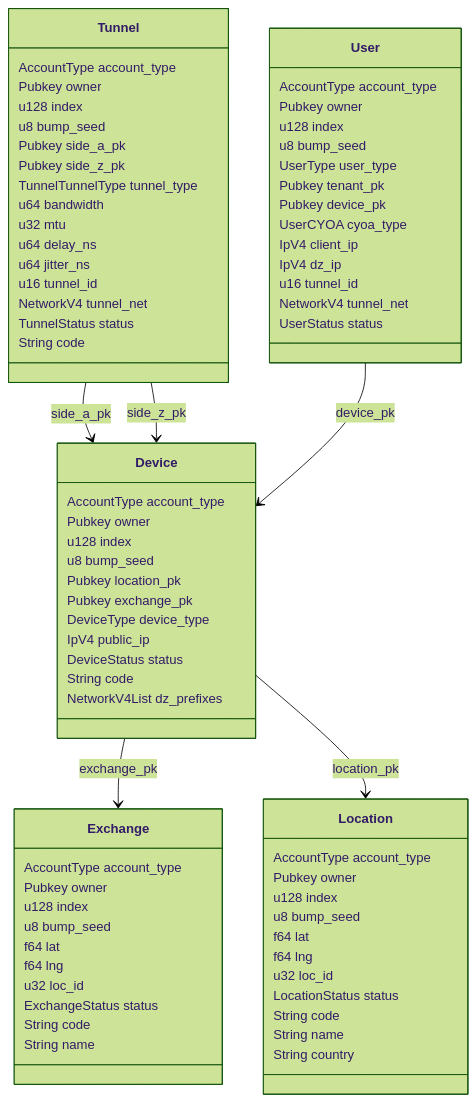
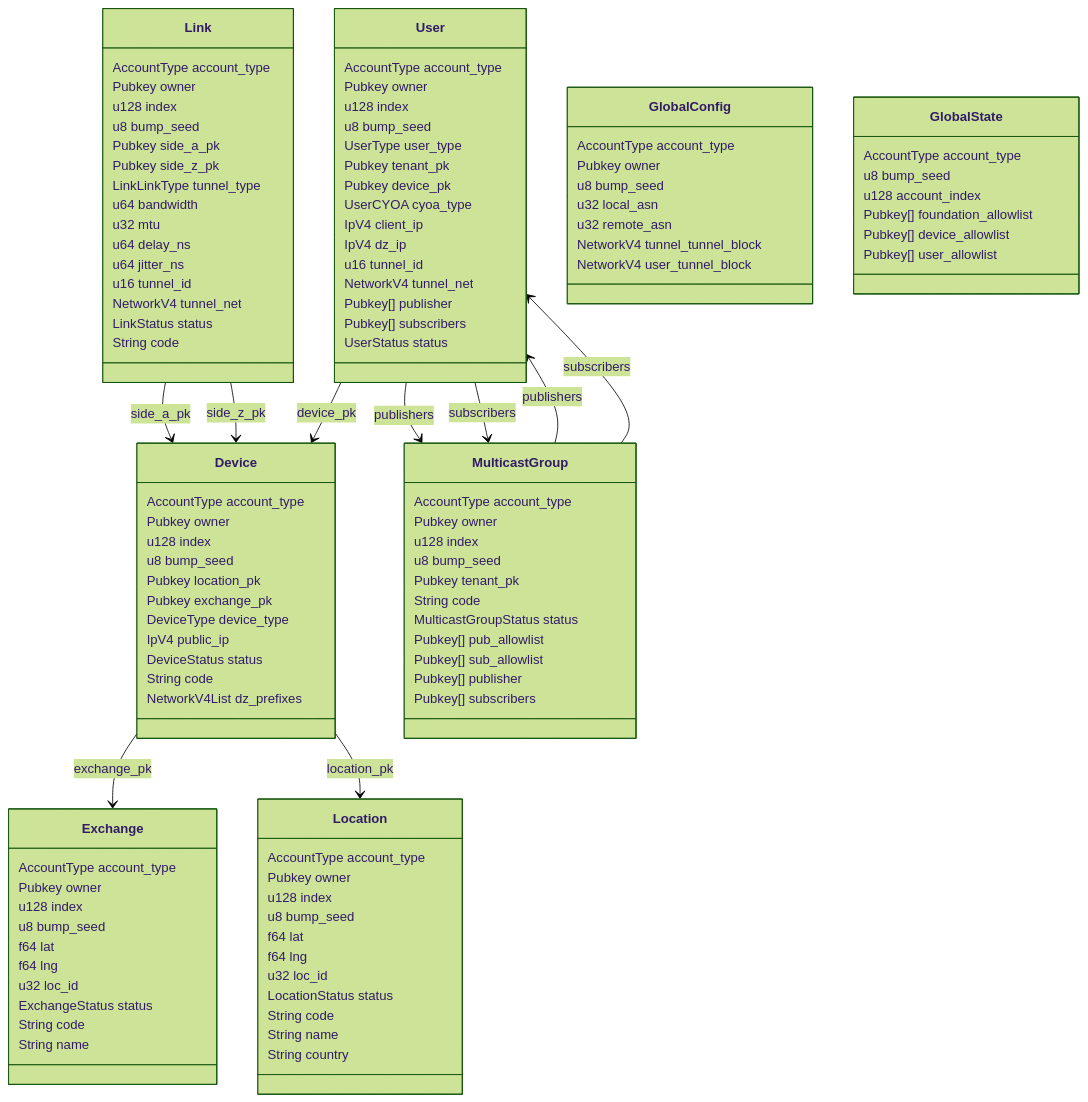
Before and after one commit to malbeclabs/doublezero: the first of 7 diagrams in smartcontract/programs/dz-sla-program/README.md, drawn with Mermaid (forest theme). The commit also changed other lines of this file, not shown here.

Commit message:
Enhance README: Update account structures and descriptions for Link, MulticastGroup, GlobalConfig, and GlobalState

````diff
--- a/smartcontract/programs/dz-sla-program/README.md
+++ b/smartcontract/programs/dz-sla-program/README.md
@@ -62,21 +65,21 @@
         String code
         NetworkV4List dz_prefixes
     }
-    class Tunnel {
+    class Link {
         AccountType account_type
         Pubkey owner
         u128 index
         u8 bump_seed
         Pubkey side_a_pk
         Pubkey side_z_pk
-        TunnelTunnelType tunnel_type
+        LinkLinkType tunnel_type
         u64 bandwidth
         u32 mtu
         u64 delay_ns
         u64 jitter_ns
         u16 tunnel_id
         NetworkV4 tunnel_net
-        TunnelStatus status
+        LinkStatus status
         String code
     }
     class User {
@@ -92,12 +95,47 @@
         IpV4 dz_ip
         u16 tunnel_id
         NetworkV4 tunnel_net
+        Pubkey[] publisher
+        Pubkey[] subscribers
         UserStatus status
+    }
+    class MulticastGroup {
+        AccountType account_type
+        Pubkey owner
+        u128 index
+        u8 bump_seed
+        Pubkey tenant_pk
+        String code
+        MulticastGroupStatus status
+        Pubkey[] pub_allowlist
+        Pubkey[] sub_allowlist
+        Pubkey[] publisher
+        Pubkey[] subscribers
+    }
+    class GlobalConfig {
+        AccountType account_type
+        Pubkey owner
+        u8 bump_seed
+        u32 local_asn
+        u32 remote_asn
+        NetworkV4 tunnel_tunnel_block
+        NetworkV4 user_tunnel_block
+    }
+    class GlobalState {
+        AccountType account_type
+        u8 bump_seed
+        u128 account_index
+        Pubkey[] foundation_allowlist
+        Pubkey[] device_allowlist
+        Pubkey[] user_allowlist
     }
     Device --> Exchange : exchange_pk
     Device --> Location  : location_pk
-    Tunnel --> Device : side_a_pk
-    Tunnel --> Device : side_z_pk
-
+    Link --> Device : side_a_pk
+    Link --> Device : side_z_pk
     User --> Device  : device_pk
+    User --> MulticastGroup : publishers
+    User --> MulticastGroup : subscribers
+    MulticastGroup --> User : publishers
+    MulticastGroup --> User : subscribers
 ```
````
